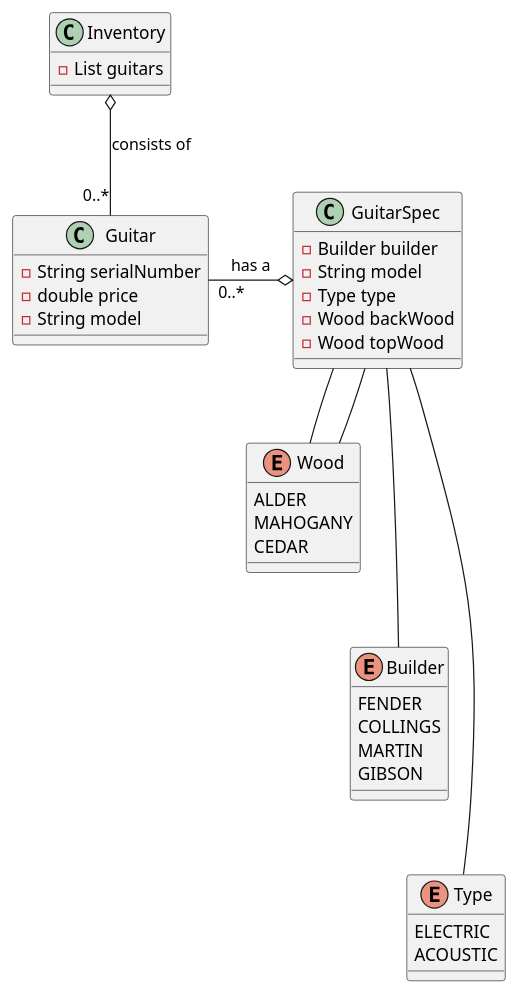
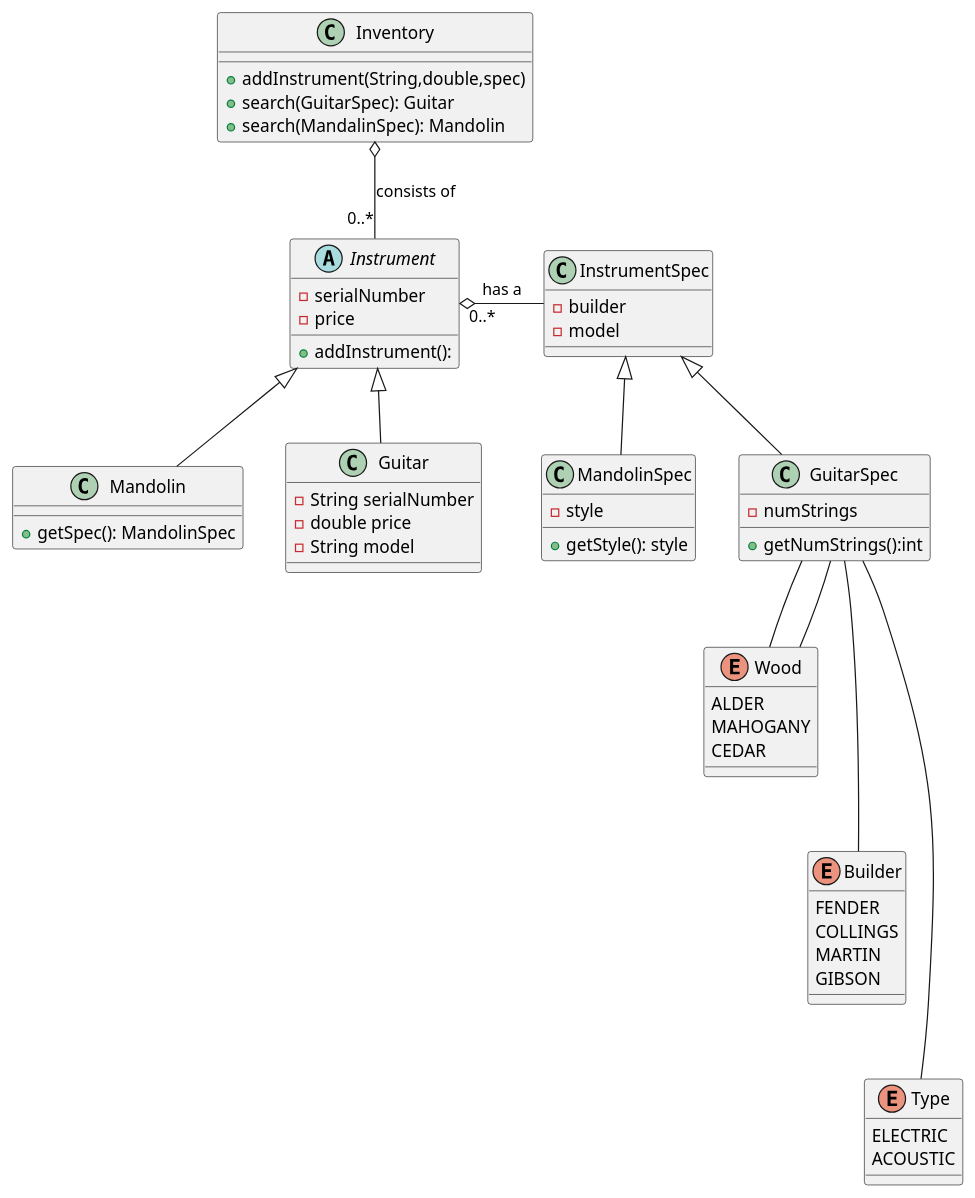
One commit to RichardKiely/OOPAD--Updated changed the diagram in Week3/GuitarUML.puml. Above: the diagram before and after it, drawn with PlantUML. The commit also changed 9 other files, not shown here.

Commit message:
Updated Using extends so that more than one type of Instrument can be added.

```diff
--- a/Week3/GuitarUML.puml
+++ b/Week3/GuitarUML.puml
@@ -1,48 +1,74 @@
 @startuml
 'https://plantuml.com/class-diagram
 
 
+abstract class Instrument{
+-serialNumber
+-price
 
-class Guitar{
++addInstrument():
+}
+
+class Mandolin extends Instrument{
++getSpec(): MandolinSpec
+}
+
+class InstrumentSpec {
+-builder
+-model
+}
+
+class Guitar extends Instrument{
 -String serialNumber
 -double price
 -String model
 }
-class GuitarSpec{
--Builder builder
--String model
--Type type
--Wood backWood
--Wood topWood
+
+class MandolinSpec extends InstrumentSpec{
+-style
+
++getStyle(): style
+}
+
+
+class GuitarSpec extends InstrumentSpec{
+-numStrings
++getNumStrings():int
 }
 class Inventory{
--List guitars
++addInstrument(String,double,spec)
++search(GuitarSpec): Guitar
++search(MandalinSpec): Mandolin
+
 }
 
 
 enum Wood {
 ALDER
 MAHOGANY
 CEDAR
 }
 enum Type {
 ELECTRIC
 ACOUSTIC
 }
 enum Builder {
 FENDER
 COLLINGS
 MARTIN
 GIBSON
 }
 GuitarSpec -- Builder
 GuitarSpec -- Type
 GuitarSpec -- Wood
 
-Inventory o-- "0..*" Guitar : consists of
+Inventory o-- "0..*" Instrument : consists of
+
 Wood --[Hidden] Builder
 Builder --[Hidden] Type
 GuitarSpec --  Wood
-Guitar "0..*" -o GuitarSpec :has a
+
+Instrument "0..*" o- InstrumentSpec :has a
+
 
 @enduml
```
